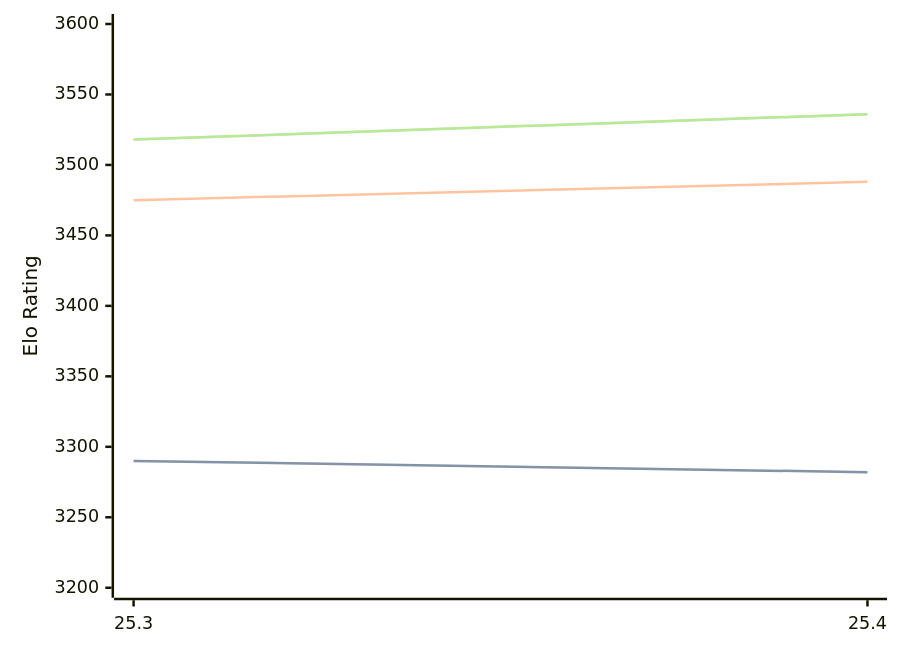
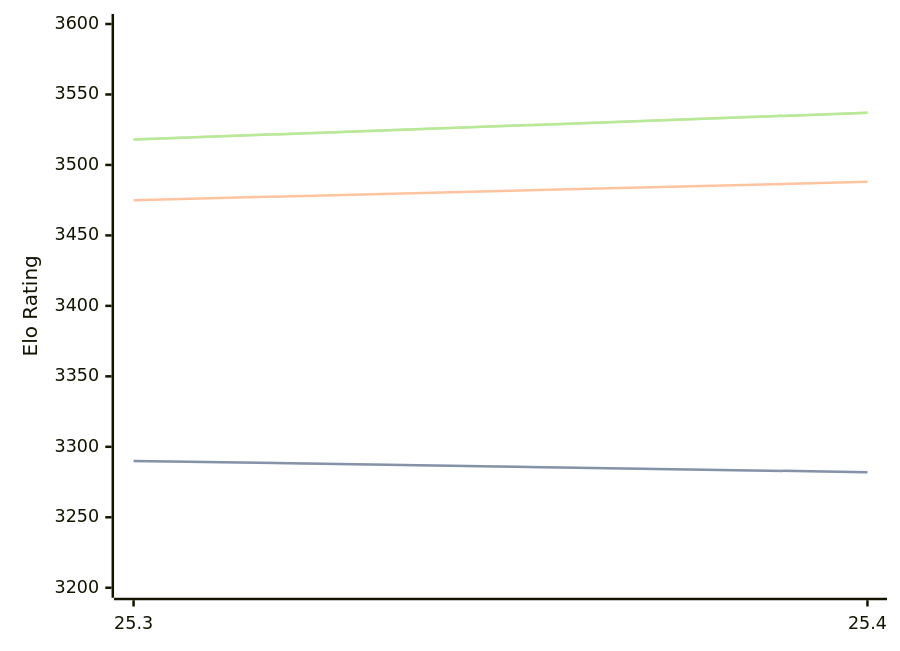
Before and after one commit to computer-chess-index/cci: the diagram in engines/Arasan.md, drawn with Mermaid. The commit also changed other lines of this file, not shown here.

Commit message:
Update CCI Ratings (ELO VLTC) - 2026-05-08

````diff
--- a/engines/Arasan.md
+++ b/engines/Arasan.md
@@ -33,11 +33,11 @@
 ```mermaid
 %%{init: {"theme":"base","themeVariables":{"seriesColors:['#a3a3a3','#222221','#faa371']}}}%%
 xychart-beta
   x-axis ["25.3", "25.4"]
   y-axis "Elo Rating" 3200 --> 3600
   line "STC (8.0+0.08s)" [3290, 3282]
   line "STC (8.0+0.08s)" [3290, 3282]
   line "LTC (60.0+0.60s)" [3475, 3488]
-  line "VLTC (2m24s+1.12s)" [3518, 3536]
-  line "VLTC (2m24s+1.12s)" [3518, 3536]
+  line "VLTC (2m24s+1.12s)" [3518, 3537]
+  line "VLTC (2m24s+1.12s)" [3518, 3537]
 ```
````
